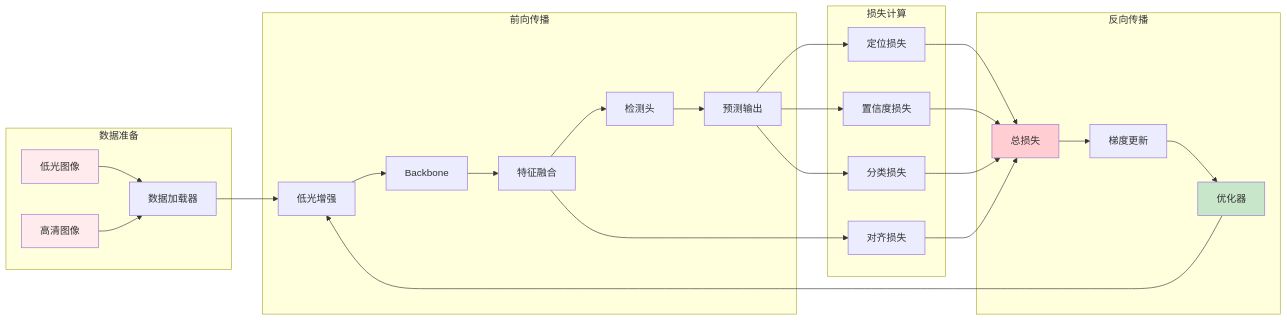
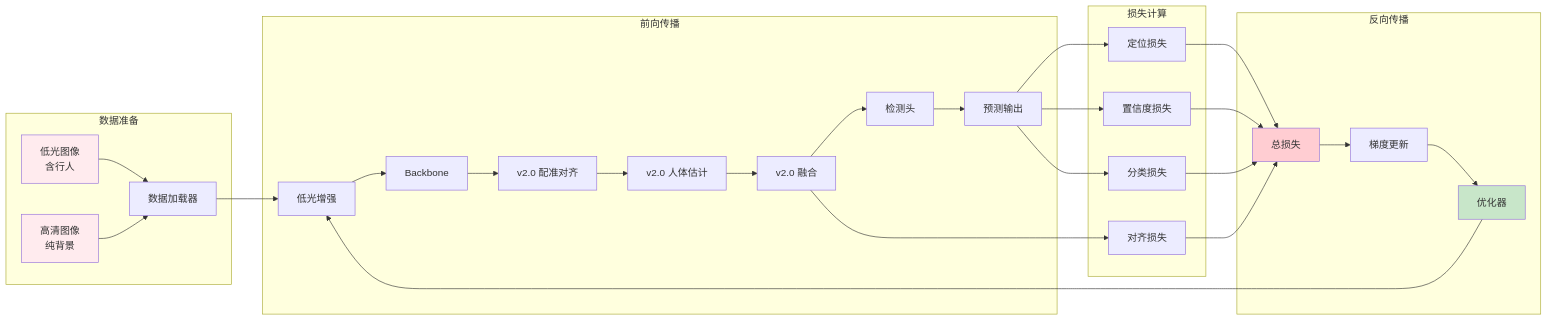
Before and after one commit to moonway0127/yolo_low_light_enhance: the fifth of 14 diagrams in README.md, drawn with Mermaid. The commit also changed other lines of this file and 1 other file, not shown here.

````diff
--- a/README.md
+++ b/README.md
@@ -48,37 +180,39 @@
 ```mermaid
 graph LR
     subgraph 数据准备
-        A1[低光图像] --> B1[数据加载器]
-        C1[高清图像] --> B1
+        A1[低光图像<br/>含行人] --> B1[数据加载器]
+        C1[高清图像<br/>纯背景] --> B1
     end
     
     subgraph 前向传播
         B1 --> D1[低光增强]
         D1 --> E1[Backbone]
-        E1 --> F1[特征融合]
-        F1 --> G1[检测头]
-        G1 --> H1[预测输出]
+        E1 --> F1[v2.0 配准对齐]
+        F1 --> G1[v2.0 人体估计]
+        G1 --> H1[v2.0 融合]
+        H1 --> I1[检测头]
+        I1 --> J1[预测输出]
     end
     
     subgraph 损失计算
-        H1 --> I1[定位损失]
-        H1 --> J2[置信度损失]
-        H1 --> K1[分类损失]
-        F1 --> L1[对齐损失]
+        J1 --> K1[定位损失]
+        J1 --> L1[置信度损失]
+        J1 --> M1[分类损失]
+        H1 --> N1[对齐损失]
     end
     
     subgraph 反向传播
-        I1 --> M1[总损失]
-        J2 --> M1
-        K1 --> M1
-        L1 --> M1
-        M1 --> N1[梯度更新]
-        N1 --> O1[优化器]
-        O1 --> D1
+        K1 --> O1[总损失]
+        L1 --> O1
+        M1 --> O1
+        N1 --> O1
+        O1 --> P1[梯度更新]
+        P1 --> Q1[优化器]
+        Q1 --> D1
     end
     
     style A1 fill:#ffebee
     style C1 fill:#ffebee
-    style M1 fill:#ffcdd2
-    style O1 fill:#c8e6c9
+    style O1 fill:#ffcdd2
+    style Q1 fill:#c8e6c9
 ```
````
